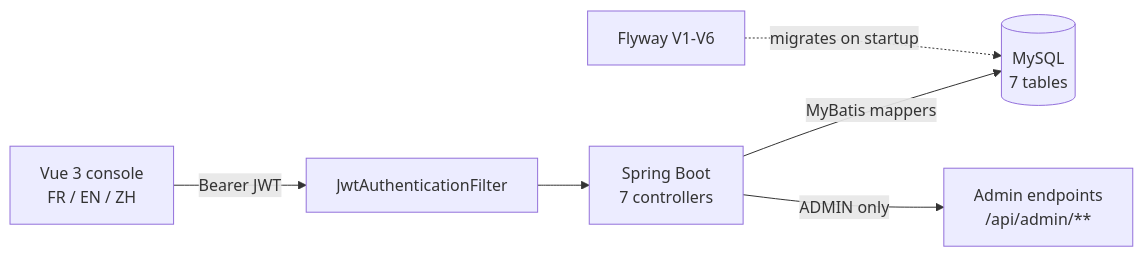
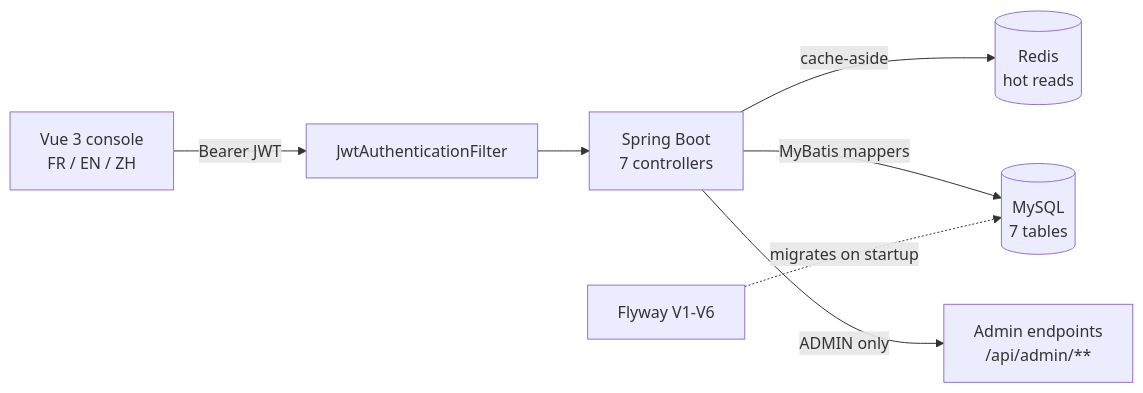
One commit to kingmars2022/blainville-waste-sorting changed the diagram in README.md. Above: the diagram before and after it, drawn with Mermaid. The commit also changed other lines of this file and 12 other files, not shown here.

````diff
--- a/README.md
+++ b/README.md
@@ -8,8 +8,9 @@
 ```mermaid
 flowchart LR
     V["Vue 3 console<br/>FR / EN / ZH"] -->|"Bearer JWT"| F["JwtAuthenticationFilter"]
     F --> A["Spring Boot<br/>7 controllers"]
+    A -->|"cache-aside"| R[("Redis<br/>hot reads")]
     A -->|"MyBatis mappers"| D[("MySQL<br/>7 tables")]
     FW["Flyway V1-V6"] -.->|"migrates on startup"| D
     A -->|"ADMIN only"| ADM["Admin endpoints<br/>/api/admin/**"]
 ```
````
